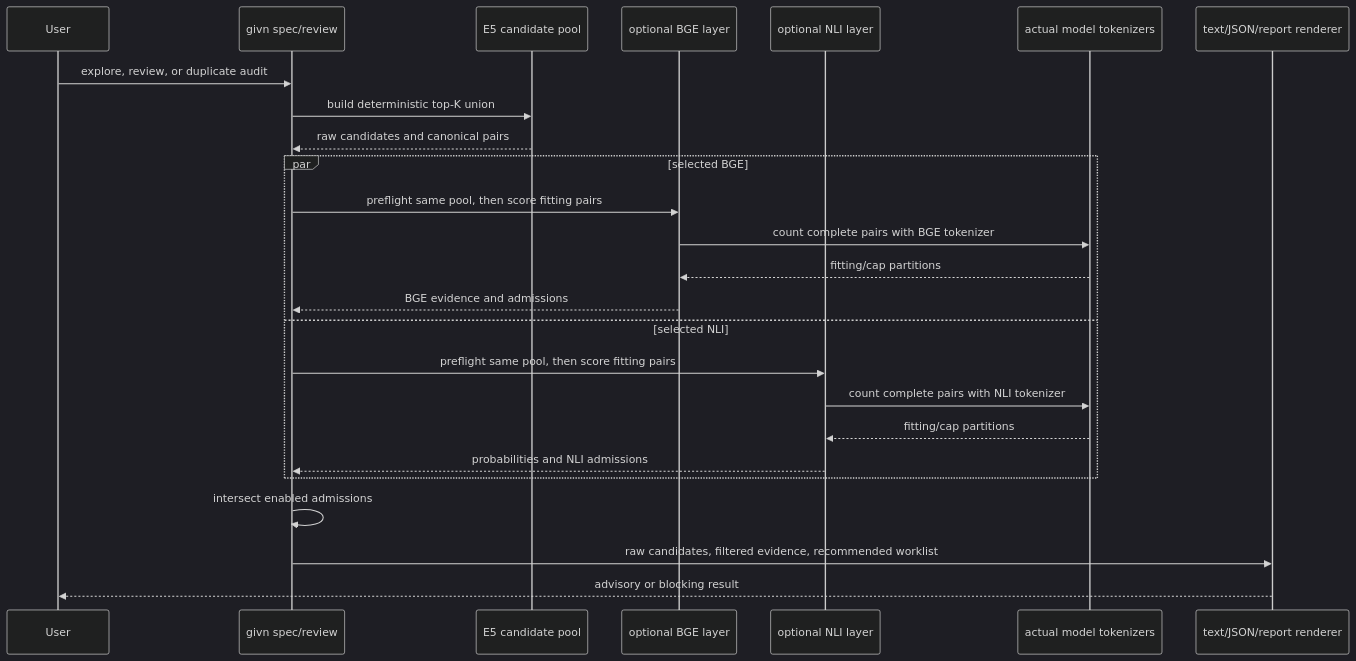
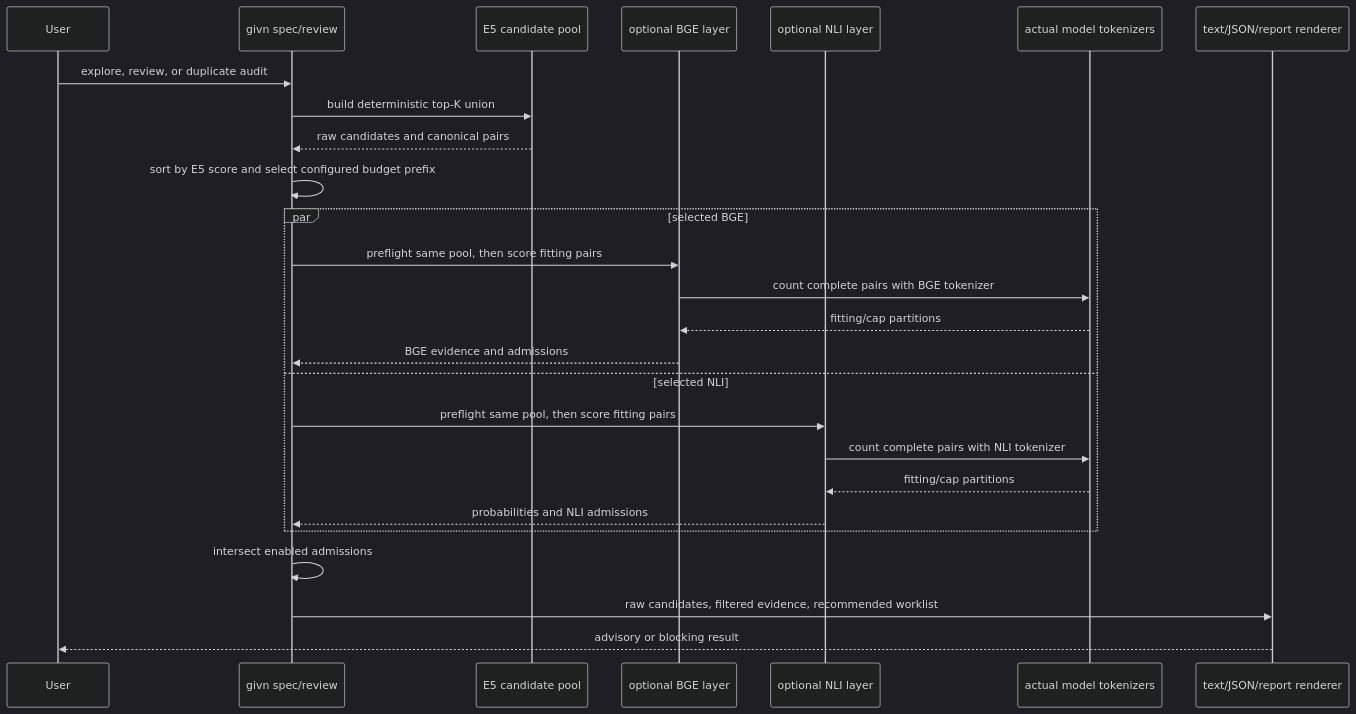
One commit to buster/givn changed the sixth of 8 diagrams in docs/arc42/06-runtime-view.md. Above: the diagram before and after it, drawn with Mermaid (dark theme). The commit also changed other lines of this file and 33 other files, not shown here.

````diff
--- a/docs/arc42/06-runtime-view.md
+++ b/docs/arc42/06-runtime-view.md
@@ -665,28 +670,29 @@
 ```mermaid
 sequenceDiagram
     participant User
     participant CLI as givn spec/review
     participant E5 as E5 candidate pool
     participant BGE as optional BGE layer
     participant NLI as optional NLI layer
     participant Guard as actual model tokenizers
     participant Output as text/JSON/report renderer
 
     User->>CLI: explore, review, or duplicate audit
     CLI->>E5: build deterministic top-K union
     E5-->>CLI: raw candidates and canonical pairs
+    CLI->>CLI: sort by E5 score and select configured budget prefix
     par selected BGE
         CLI->>BGE: preflight same pool, then score fitting pairs
         BGE->>Guard: count complete pairs with BGE tokenizer
         Guard-->>BGE: fitting/cap partitions
         BGE-->>CLI: BGE evidence and admissions
     and selected NLI
         CLI->>NLI: preflight same pool, then score fitting pairs
         NLI->>Guard: count complete pairs with NLI tokenizer
         Guard-->>NLI: fitting/cap partitions
         NLI-->>CLI: probabilities and NLI admissions
     end
     CLI->>CLI: intersect enabled admissions
     CLI->>Output: raw candidates, filtered evidence, recommended worklist
     Output-->>User: advisory or blocking result
 ```
````
